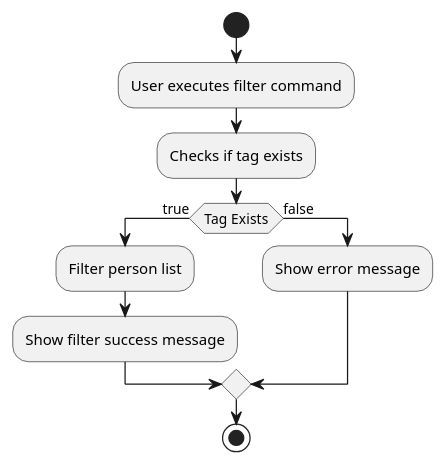
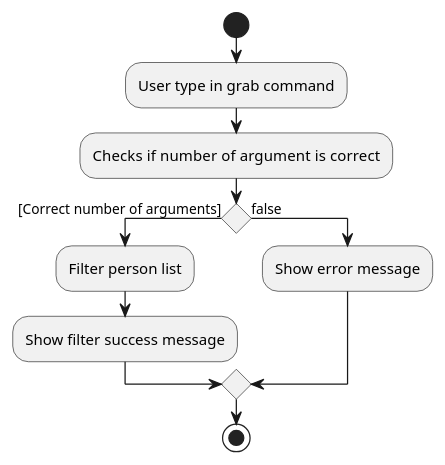
One commit to nus-cs2103-AY2122S2/tp changed the diagram in docs/diagrams/FilterActivityDiagram.puml. Above: the diagram before and after it, drawn with PlantUML. The commit also changed 12 other files, not shown here.

```diff
--- a/docs/diagrams/FilterActivityDiagram.puml
+++ b/docs/diagrams/FilterActivityDiagram.puml
@@ -1,15 +1,15 @@
 @startuml
 
 start
-:User executes filter command;
-:Checks if tag exists;
-if (Tag Exists) then (true)
+:User type in grab command;
+:Checks if number  of argument is correct;
+if () then ([Correct number of arguments])
   :Filter person list;
   :Show filter success message;
 else (false)
   :Show error message;
 endif
 
 stop
 
 @enduml
```
